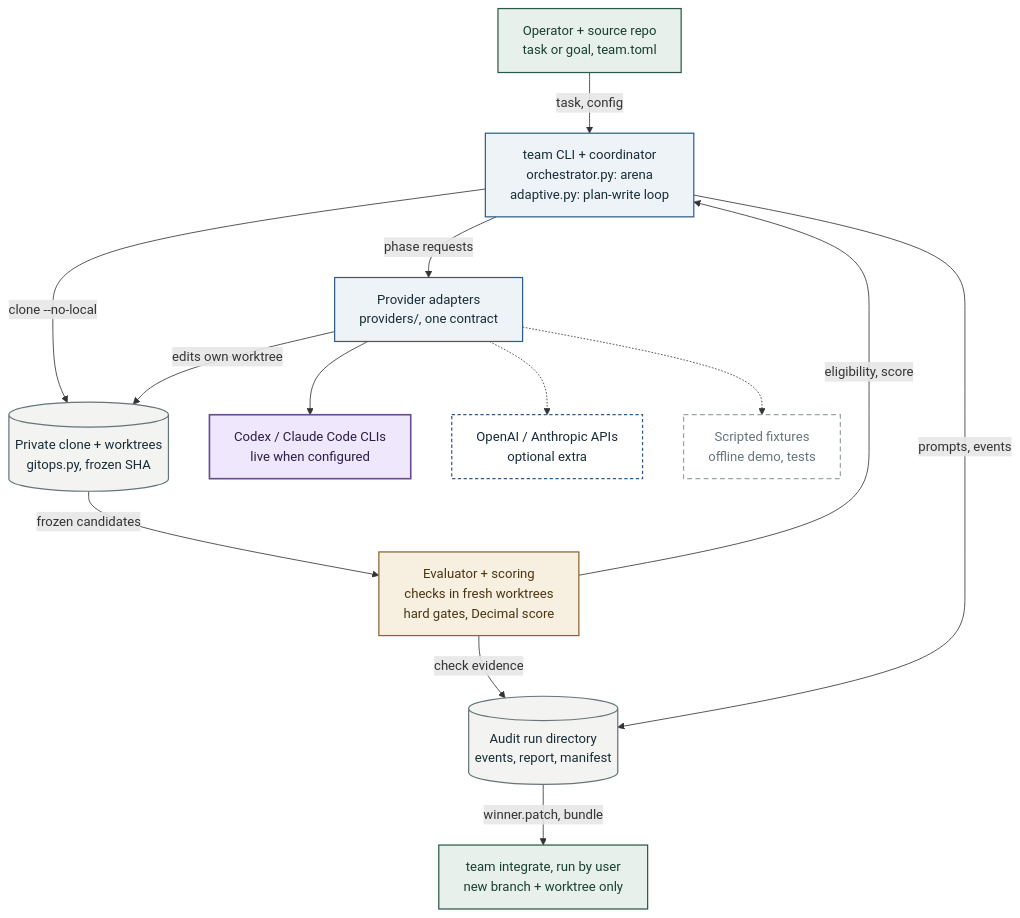
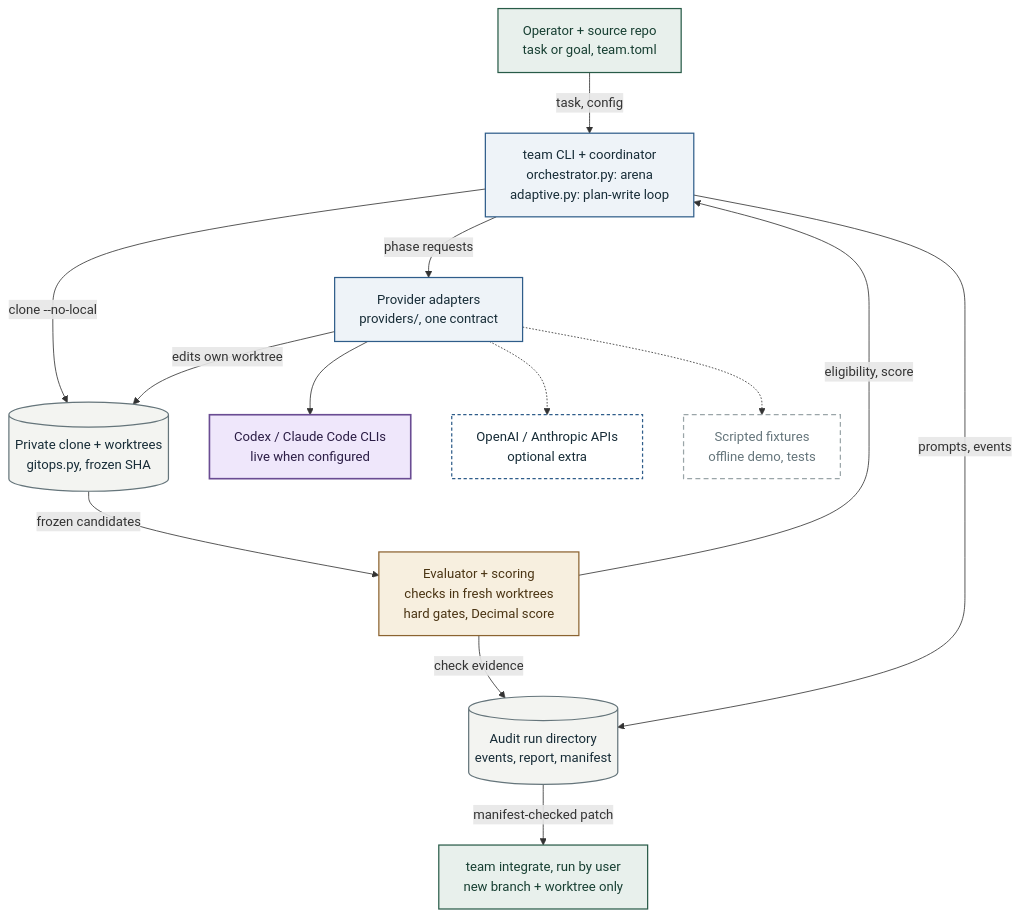
One commit to retinapeg/agent-workflow-orchestrator changed the diagram in docs/architecture.mmd. Above: the diagram before and after it, drawn with Mermaid. The commit also changed 2 other files, not shown here.

```diff
--- a/docs/architecture.mmd
+++ b/docs/architecture.mmd
@@ -1,43 +1,43 @@
 %% Architecture of agent-workflow-orchestrator at commit 8dd51ed31d6b69ececdcfe6622f9e8a83574e75c
 %% Sources: src/agent_arena/cli.py, src/agent_arena/config.py, src/agent_arena/orchestrator.py, src/agent_arena/adaptive.py, src/agent_arena/gitops.py, src/agent_arena/providers/__init__.py, src/agent_arena/providers/base.py, src/agent_arena/providers/cli.py, src/agent_arena/providers/api.py, src/agent_arena/providers/scripted.py, src/agent_arena/evaluator.py, src/agent_arena/scoring.py, src/agent_arena/audit.py, src/agent_arena/integration.py, examples/offline/run_demo.py
 %% Render: npx @mermaid-js/mermaid-cli -i docs/architecture.mmd -o docs/images/architecture.svg -b white
 flowchart TD
     U["Operator + source repo<br/>task or goal, team.toml"]
     CO["team CLI + coordinator<br/>orchestrator.py: arena<br/>adaptive.py: plan-write loop"]
     GIT[("Private clone + worktrees<br/>gitops.py, frozen SHA")]
     PRV["Provider adapters<br/>providers/, one contract"]
     LLM["Codex / Claude Code CLIs<br/>live when configured"]
     API["OpenAI / Anthropic APIs<br/>optional extra"]
     SCR["Scripted fixtures<br/>offline demo, tests"]
     EVA["Evaluator + scoring<br/>checks in fresh worktrees<br/>hard gates, Decimal score"]
     AUD[("Audit run directory<br/>events, report, manifest")]
     INT["team integrate, run by user<br/>new branch + worktree only"]
 
     U -->|"task, config"| CO
     CO -->|"clone --no-local"| GIT
     CO -->|"phase requests"| PRV
     PRV --> LLM
     PRV -.-> API
     PRV -.-> SCR
     PRV -->|"edits own worktree"| GIT
     GIT -->|"frozen candidates"| EVA
     EVA -->|"eligibility, score"| CO
     EVA -->|"check evidence"| AUD
     CO -->|"prompts, events"| AUD
-    AUD -->|"winner.patch, bundle"| INT
+    AUD -->|"manifest-checked patch"| INT
 
     class U,INT human;
     class CO,PRV det;
     class LLM ai;
     class API ext;
     class SCR mock;
     class EVA eval;
     class GIT,AUD store;
 
     classDef ai fill:#efe7fb,stroke:#6a4c93,stroke-width:2px,color:#2b1d45;
     classDef det fill:#eef3f8,stroke:#2f5d8a,stroke-width:1.5px,color:#172c37;
     classDef human fill:#e8f0ec,stroke:#285b48,stroke-width:1.5px,color:#173f32;
     classDef eval fill:#f7efdf,stroke:#8b6330,stroke-width:1.5px,color:#4a3413;
     classDef store fill:#f3f4f1,stroke:#65757b,stroke-width:1.5px,color:#172c37;
     classDef ext fill:#ffffff,stroke:#2f5d8a,stroke-width:1.5px,stroke-dasharray:4 3,color:#172c37;
     classDef mock fill:#ffffff,stroke:#9aa5a8,stroke-width:1.5px,stroke-dasharray:6 4,color:#65757b;
```
